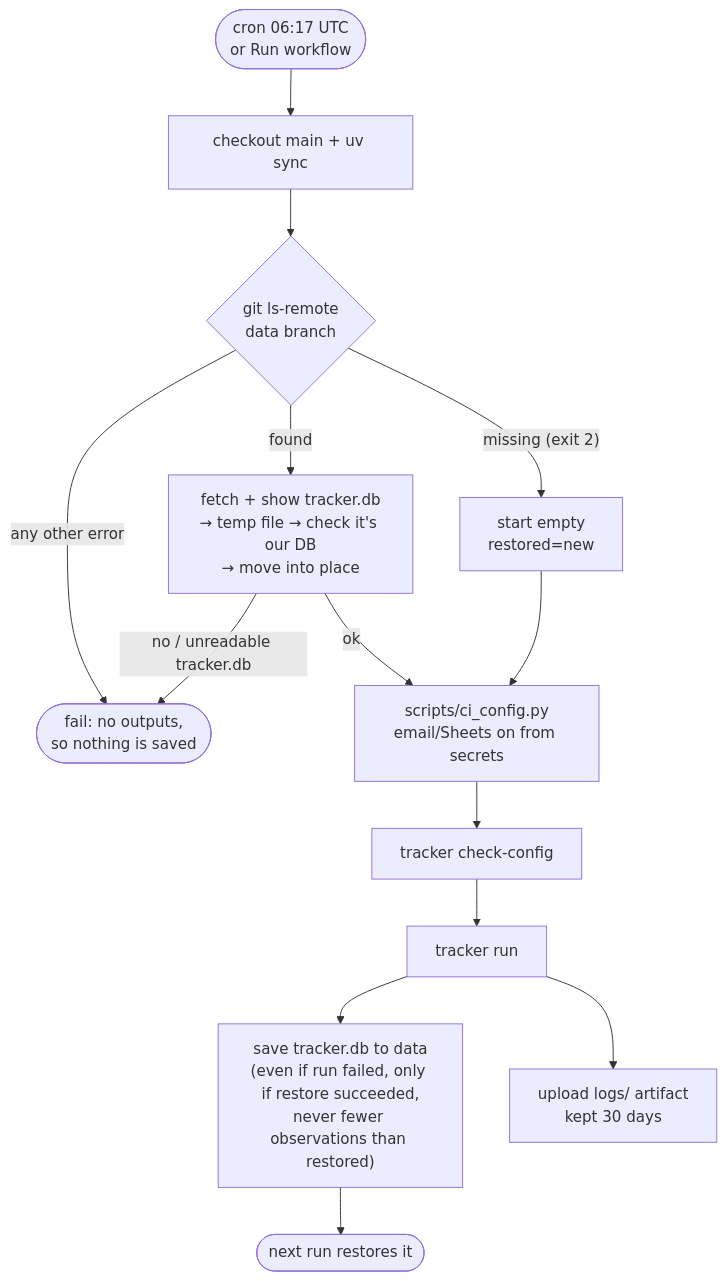
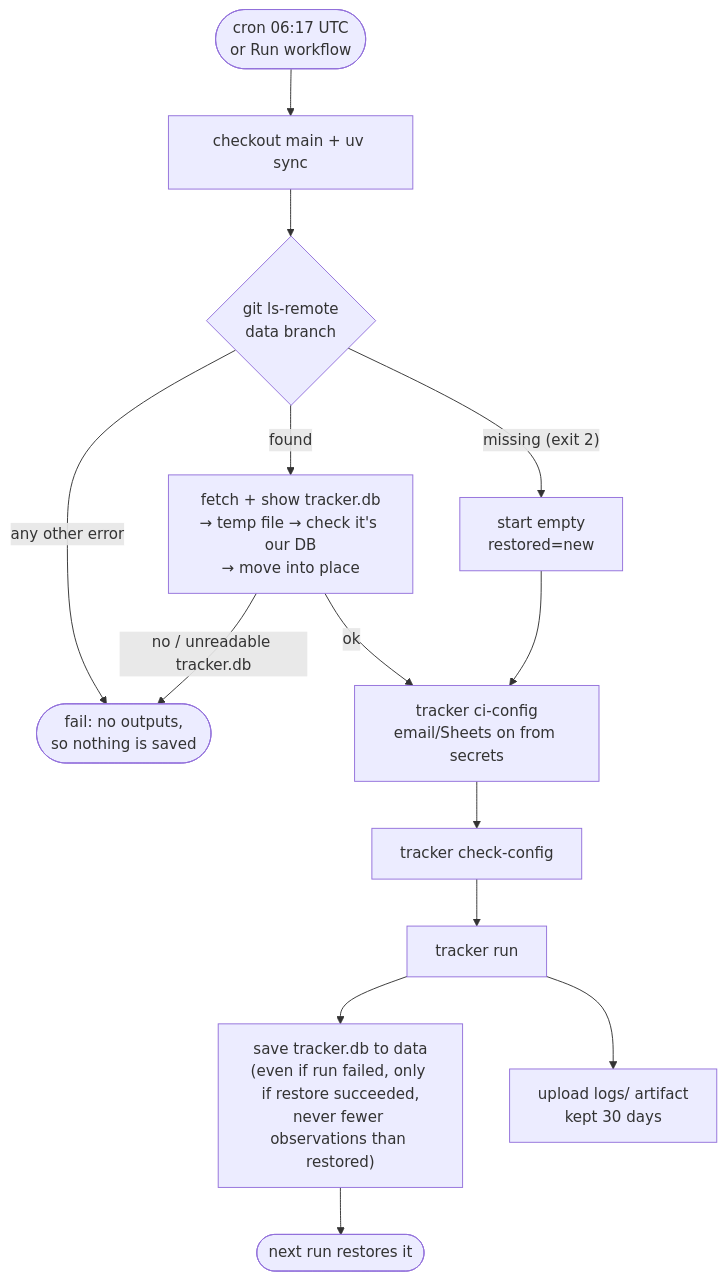
The ninth of 11 diagrams in ARCHITECTURE.md (yahani/kestrel), drawn with Mermaid before and after one commit. The commit also changed other lines of this file and 12 other files, not shown here.

First line of the commit message:
Turn data-branch and CI-config scripts into tracker commands

````diff
--- a/ARCHITECTURE.md
+++ b/ARCHITECTURE.md
@@ -371,16 +373,16 @@
 ```mermaid
 flowchart TD
     trigger(["cron 06:17 UTC<br/>or Run workflow"]) --> checkout[checkout main + uv sync]
     checkout --> restore{"git ls-remote<br/>data branch"}
     restore -- "missing (exit 2)" --> empty["start empty<br/>restored=new"]
     restore -- found --> copy["fetch + show tracker.db<br/>→ temp file → check it's our DB<br/>→ move into place"]
     restore -- "any other error" --> stop(["fail: no outputs,<br/>so nothing is saved"])
     copy -- "no / unreadable tracker.db" --> stop
     copy -- ok --> build
-    empty --> build["scripts/ci_config.py<br/>email/Sheets on from secrets"]
+    empty --> build["tracker ci-config<br/>email/Sheets on from secrets"]
     build --> check[tracker check-config]
     check --> run[tracker run]
     run --> save["save tracker.db to data<br/>(even if run failed, only if restore succeeded,<br/>never fewer observations than restored)"]
     run --> logs["upload logs/ artifact<br/>kept 30 days"]
     save --> done([next run restores it])
 ```
````
